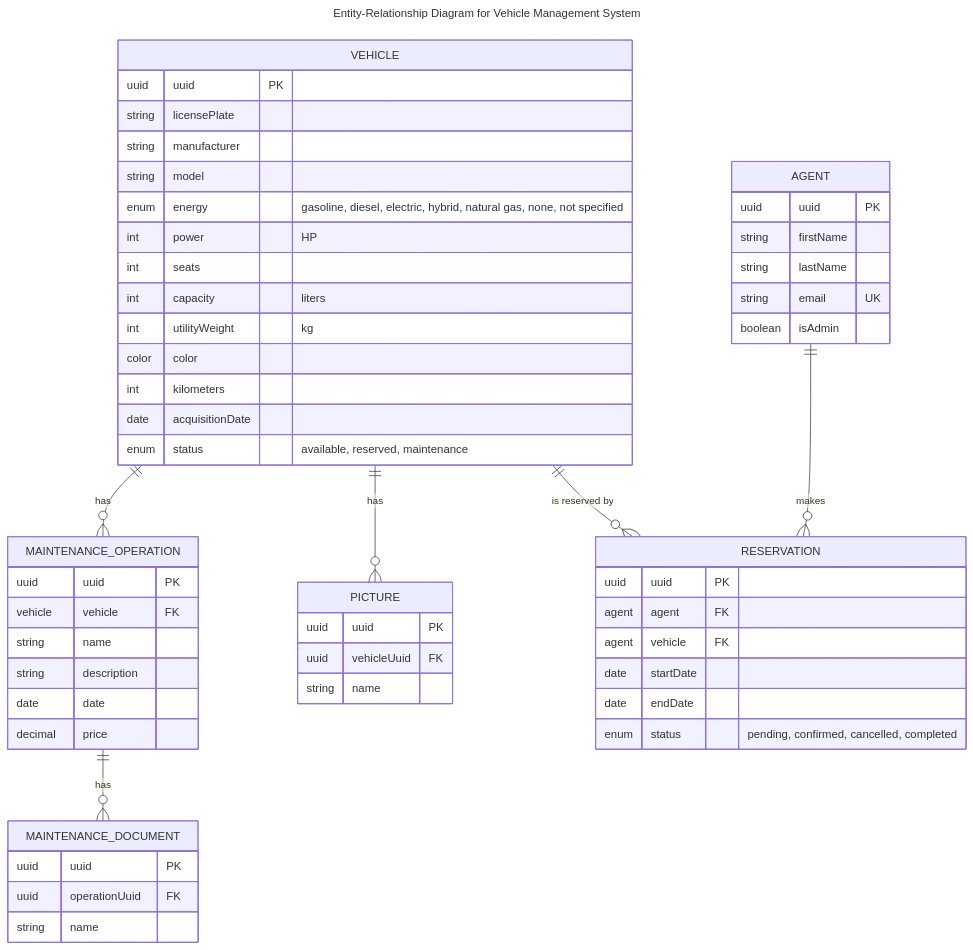
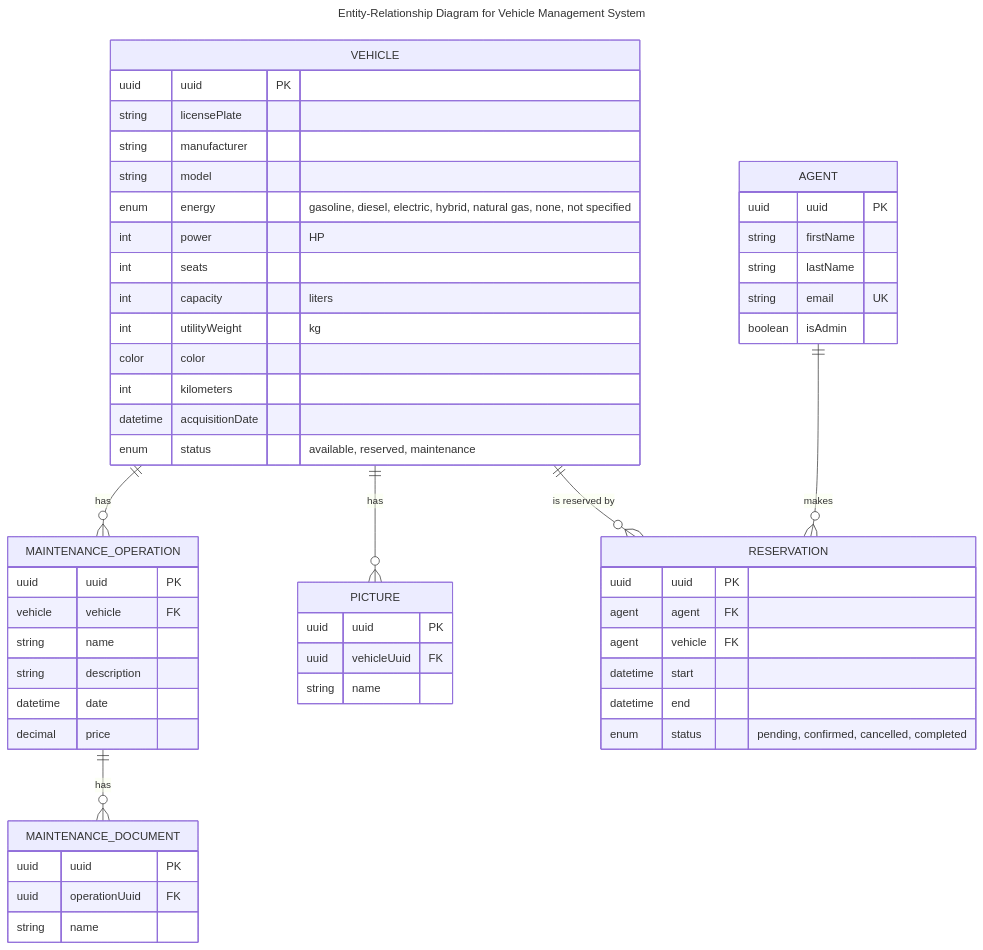
Before and after one commit to NathanFerry/wherethecar: the diagram in docs/domain/er-diagram.md, drawn with Mermaid. The commit also changed 1 other file, not shown here.

Commit message:
Adjusted diagrams. It will be changed again!

````diff
--- a/docs/domain/er-diagram.md
+++ b/docs/domain/er-diagram.md
@@ -1,65 +1,65 @@
 ```mermaid
 ---
 title: Entity-Relationship Diagram for Vehicle Management System
 ---
 erDiagram
     VEHICLE ||--o{ MAINTENANCE_OPERATION : has
     VEHICLE ||--o{ PICTURE : has
     VEHICLE ||--o{ RESERVATION : "is reserved by"
     MAINTENANCE_OPERATION ||--o{ MAINTENANCE_DOCUMENT : has
     AGENT ||--o{ RESERVATION : makes
     
     VEHICLE {
         uuid uuid PK
         string licensePlate
         string manufacturer
         string model
         enum energy "gasoline, diesel, electric, hybrid, natural gas, none, not specified"
         int power "HP"
         int seats
         int capacity "liters"
         int utilityWeight "kg"
         color color
         int kilometers
-        date acquisitionDate
+        datetime acquisitionDate
         enum status "available, reserved, maintenance"
     }
     
     PICTURE {
         uuid uuid PK
         uuid vehicleUuid FK
         string name
     }
     
     MAINTENANCE_OPERATION {
         uuid uuid PK
         vehicle vehicle FK
         string name
         string description
-        date date
+        datetime date
         decimal price
     }
     
     MAINTENANCE_DOCUMENT {
         uuid uuid PK
         uuid operationUuid FK
         string name
     }
     
     AGENT {
         uuid uuid PK
         string firstName
         string lastName
         string email UK
         boolean isAdmin
     }
     
     RESERVATION {
         uuid uuid PK
         agent agent FK
         agent vehicle FK
-        date startDate
-        date endDate
+        datetime start
+        datetime end
         enum status "pending, confirmed, cancelled, completed"
     }
 ```
````
